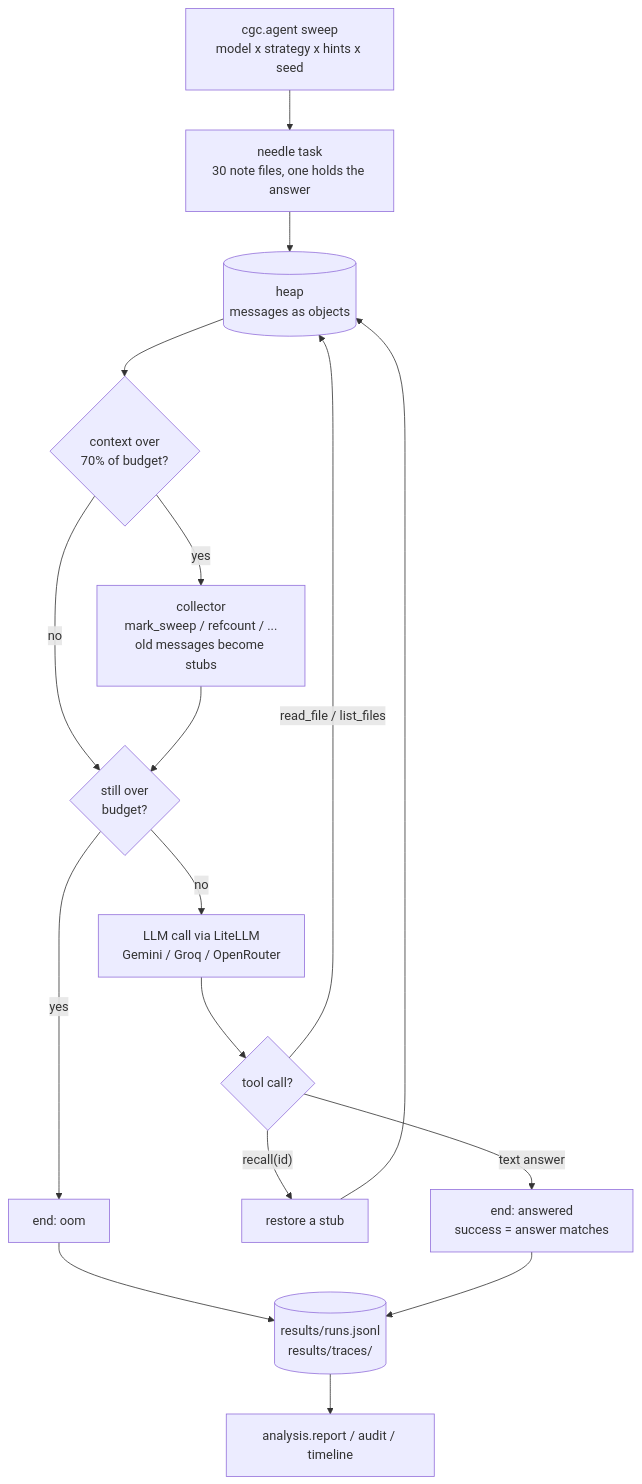
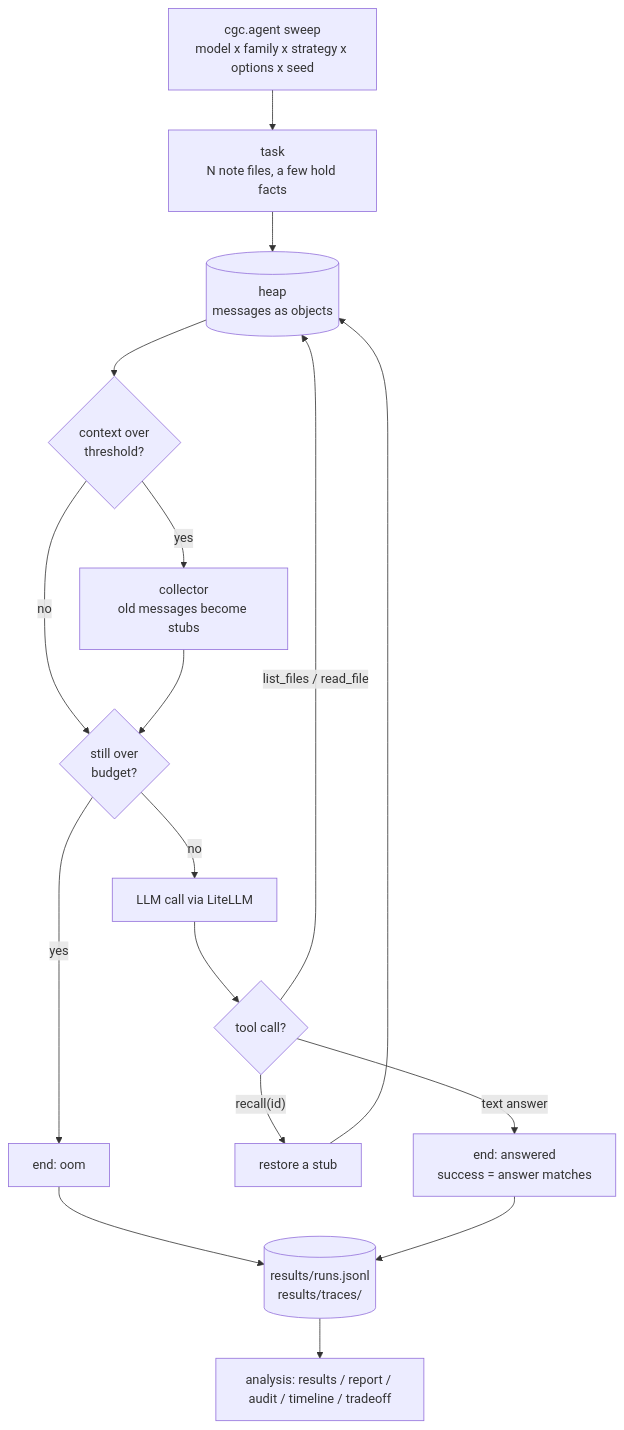
Before and after one commit to ser888gio/context-garbage-collector: the first of 2 diagrams in README.md, drawn with Mermaid. The commit also changed other lines of this file, not shown here.

Commit message:
Rewrite README: findings, tested strategies and options with sources, planned features

````diff
--- a/README.md
+++ b/README.md
@@ -13,18 +83,18 @@
 ```mermaid
 flowchart TD
-    S[cgc.agent sweep<br/>model x strategy x hints x seed] --> T[needle task<br/>30 note files, one holds the answer]
+    S[cgc.agent sweep<br/>model x family x strategy x options x seed] --> T[task<br/>N note files, a few hold facts]
     T --> H[(heap<br/>messages as objects)]
-    H --> C{context over<br/>70% of budget?}
-    C -- yes --> G[collector<br/>mark_sweep / refcount / ...<br/>old messages become stubs]
+    H --> C{context over<br/>threshold?}
+    C -- yes --> G[collector<br/>old messages become stubs]
     C -- no --> O
     G --> O{still over<br/>budget?}
     O -- yes --> X[end: oom]
-    O -- no --> L[LLM call via LiteLLM<br/>Gemini / Groq / OpenRouter]
+    O -- no --> L[LLM call via LiteLLM]
     L --> A{tool call?}
-    A -- read_file / list_files --> H
+    A -- list_files / read_file --> H
     A -- "recall(id)" --> R[restore a stub] --> H
     A -- text answer --> E[end: answered<br/>success = answer matches]
     X --> W[(results/runs.jsonl<br/>results/traces/)]
     E --> W
-    W --> P[analysis.report / audit / timeline]
+    W --> P[analysis: results / report / audit / timeline / tradeoff]
 ```
````
